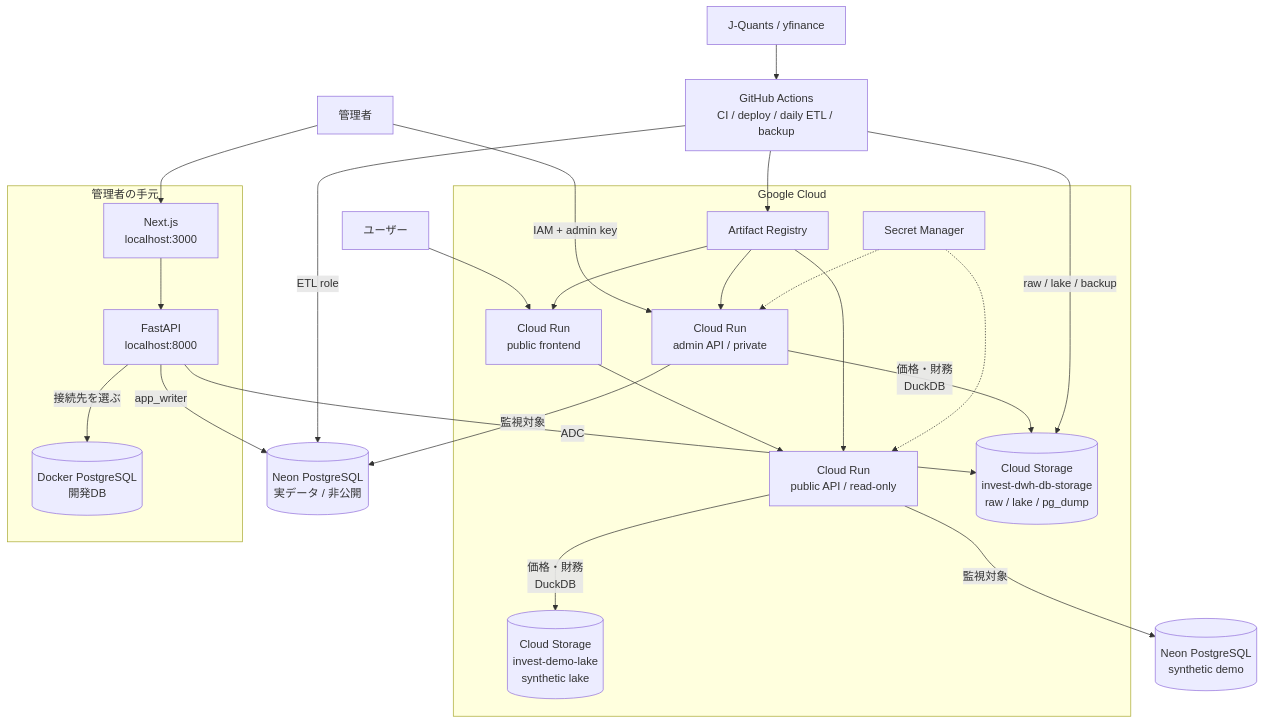
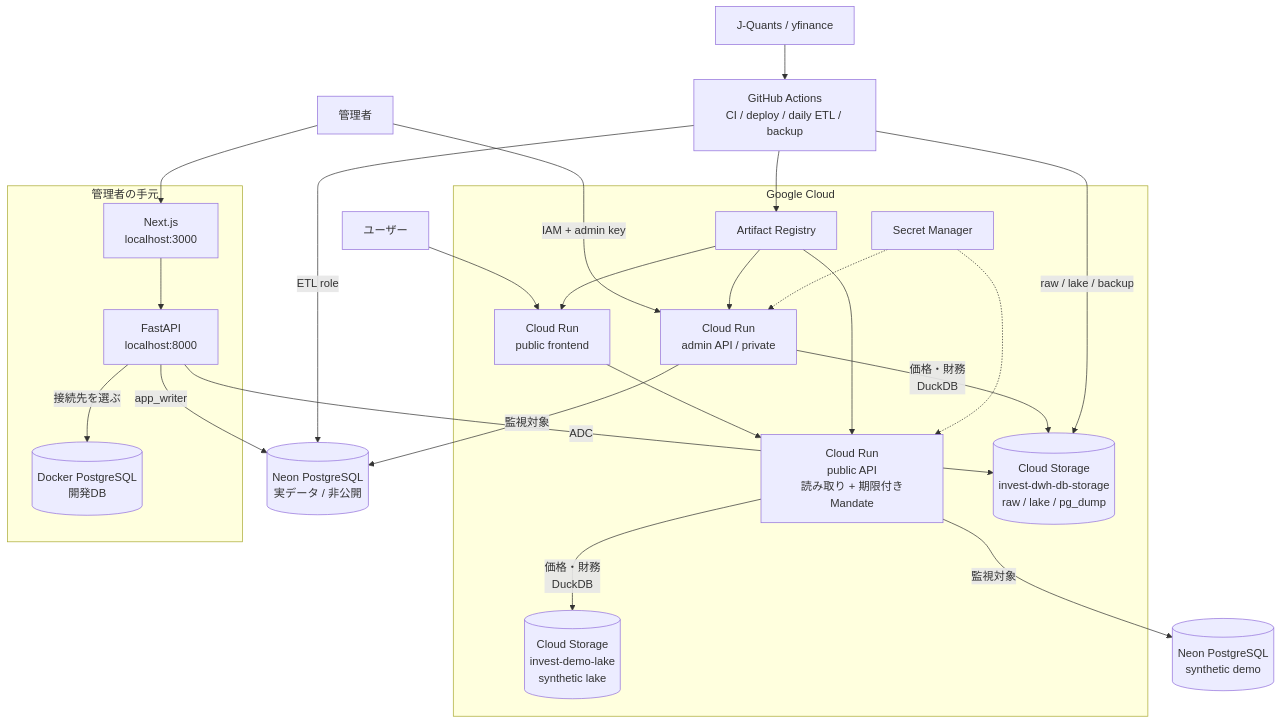
The third of 3 diagrams in docs/architecture.md (3110mmn/invest-monitoring-platform), drawn with Mermaid before and after one commit. The commit also changed other lines of this file and 105 other files, not shown here.

````diff
--- a/docs/architecture.md
+++ b/docs/architecture.md
@@ -48,46 +82,46 @@
 ```mermaid
 flowchart TB
     User["ユーザー"]
     Owner["管理者"]
     Source["J-Quants / yfinance"]
     Actions["GitHub Actions<br/>CI / deploy / daily ETL / backup"]
 
     subgraph GCP["Google Cloud"]
         Registry["Artifact Registry"]
         Secrets["Secret Manager"]
         Frontend["Cloud Run<br/>public frontend"]
-        PublicAPI["Cloud Run<br/>public API / read-only"]
+        PublicAPI["Cloud Run<br/>public API<br/>読み取り + 期限付きMandate"]
         AdminAPI["Cloud Run<br/>admin API / private"]
         RealBucket[("Cloud Storage<br/>invest-dwh-db-storage<br/>raw / lake / pg_dump")]
         DemoBucket[("Cloud Storage<br/>invest-demo-lake<br/>synthetic lake")]
     end
 
     RealDB[("Neon PostgreSQL<br/>実データ / 非公開")]
     DemoDB[("Neon PostgreSQL<br/>synthetic demo")]
 
     subgraph Local["管理者の手元"]
         LocalWeb["Next.js<br/>localhost:3000"]
         LocalAPI["FastAPI<br/>localhost:8000"]
         LocalDB[("Docker PostgreSQL<br/>開発DB")]
     end
 
     User --> Frontend --> PublicAPI
     PublicAPI -->|"監視対象"| DemoDB
     PublicAPI -->|"価格・財務<br/>DuckDB"| DemoBucket
     Owner --> LocalWeb --> LocalAPI
     LocalAPI -->|"接続先を選ぶ"| LocalDB
     LocalAPI -->|"app_writer"| RealDB
     LocalAPI -->|"ADC"| RealBucket
     Owner -->|"IAM + admin key"| AdminAPI
     AdminAPI -->|"監視対象"| RealDB
     AdminAPI -->|"価格・財務<br/>DuckDB"| RealBucket
     Source --> Actions
     Actions -->|"ETL role"| RealDB
     Actions -->|"raw / lake / backup"| RealBucket
     Actions --> Registry
     Registry --> Frontend
     Registry --> PublicAPI
     Registry --> AdminAPI
     Secrets -.-> PublicAPI
     Secrets -.-> AdminAPI
 ```
````
